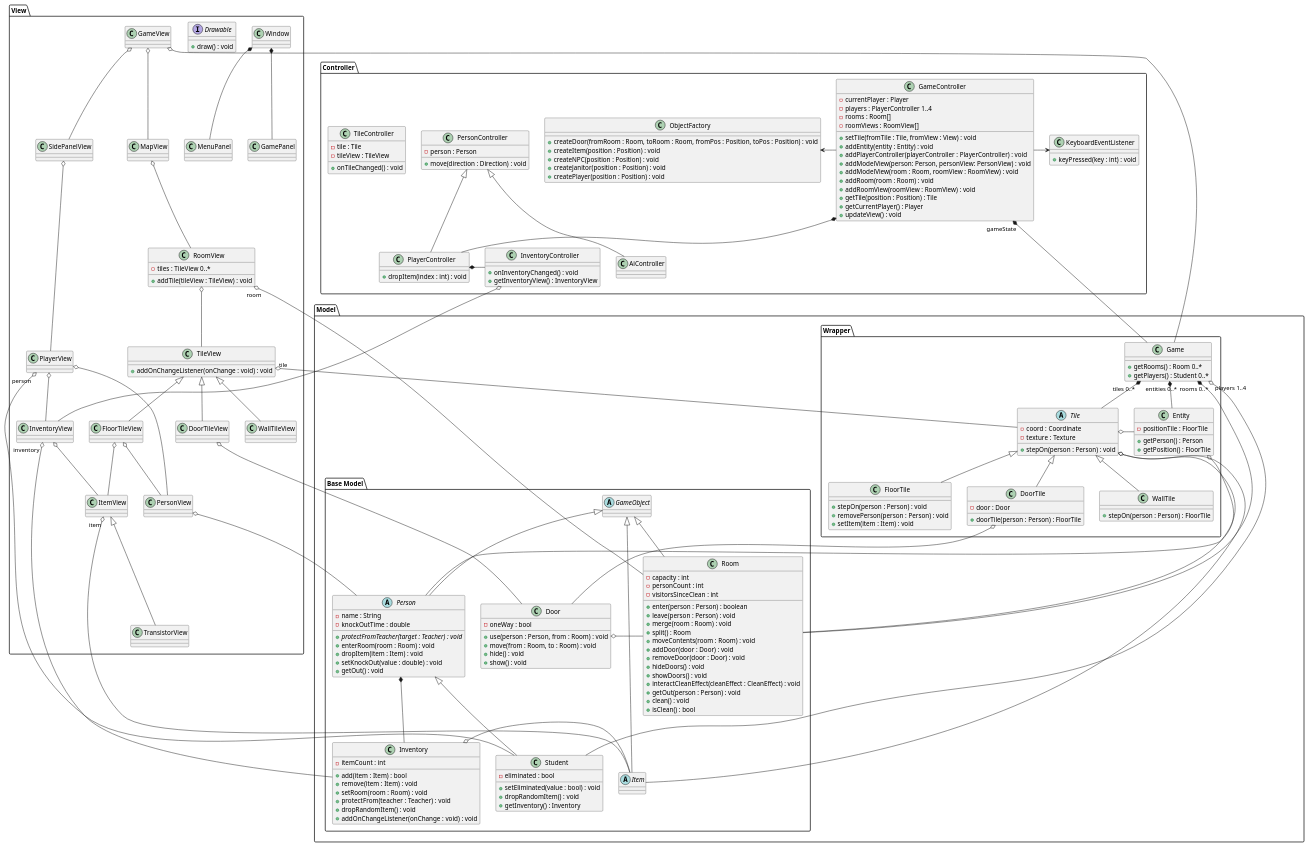
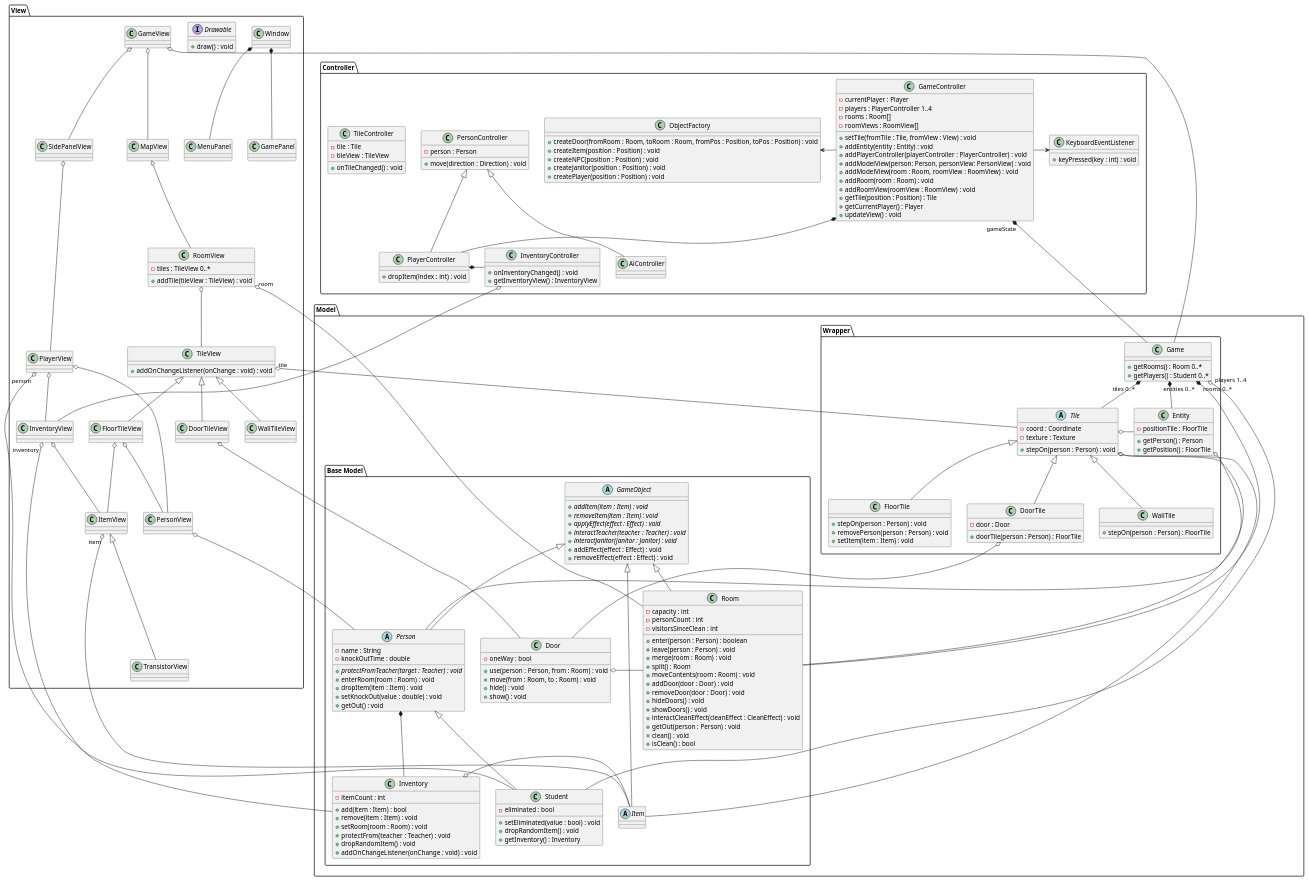
Before and after one commit to sn4k3ch4rm3r/logarlec: the diagram in docs/diagrams/class/tile-wrapping.puml, drawn with PlantUML.

Commit message:
Copied GameObject properties from game-objects.puml

```diff
--- a/docs/diagrams/class/tile-wrapping.puml
+++ b/docs/diagrams/class/tile-wrapping.puml
@@ -2,7 +2,15 @@
 
 package Model {
     package "Base Model" {
-        abstract GameObject
+        abstract GameObject{
+            + {abstract} addItem(item : Item) : void
+            + {abstract} removeItem(item : Item) : void
+            + {abstract} applyEffect(effect : Effect) : void
+            + {abstract} interactTeacher(teacher : Teacher) : void
+            + {abstract} interactJanitor(janitor : Janitor) : void
+            + addEffect(effect : Effect) : void
+            + removeEffect(effect : Effect) : void
+        }
         class Room{
         - capacity : int
 		- personCount : int
```
